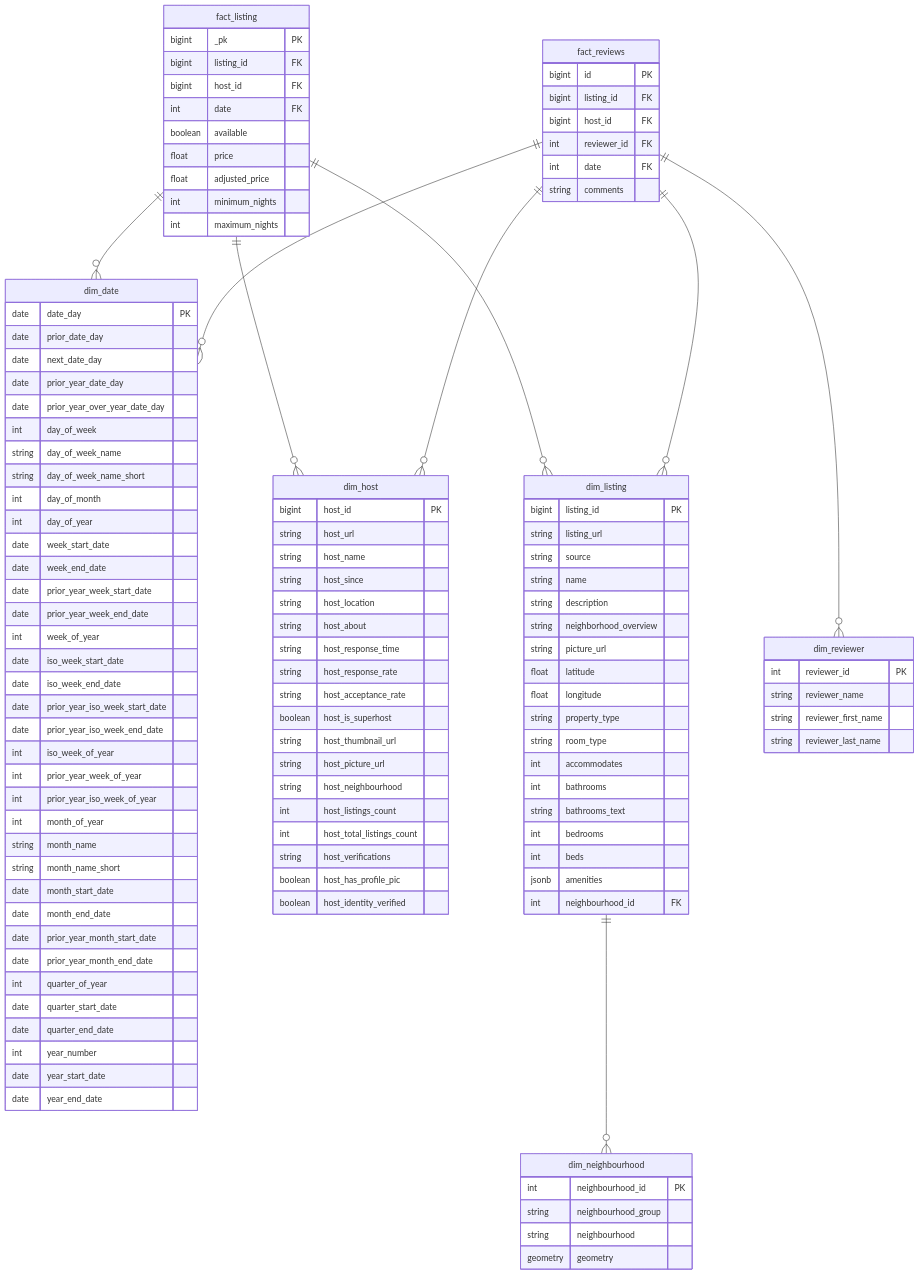
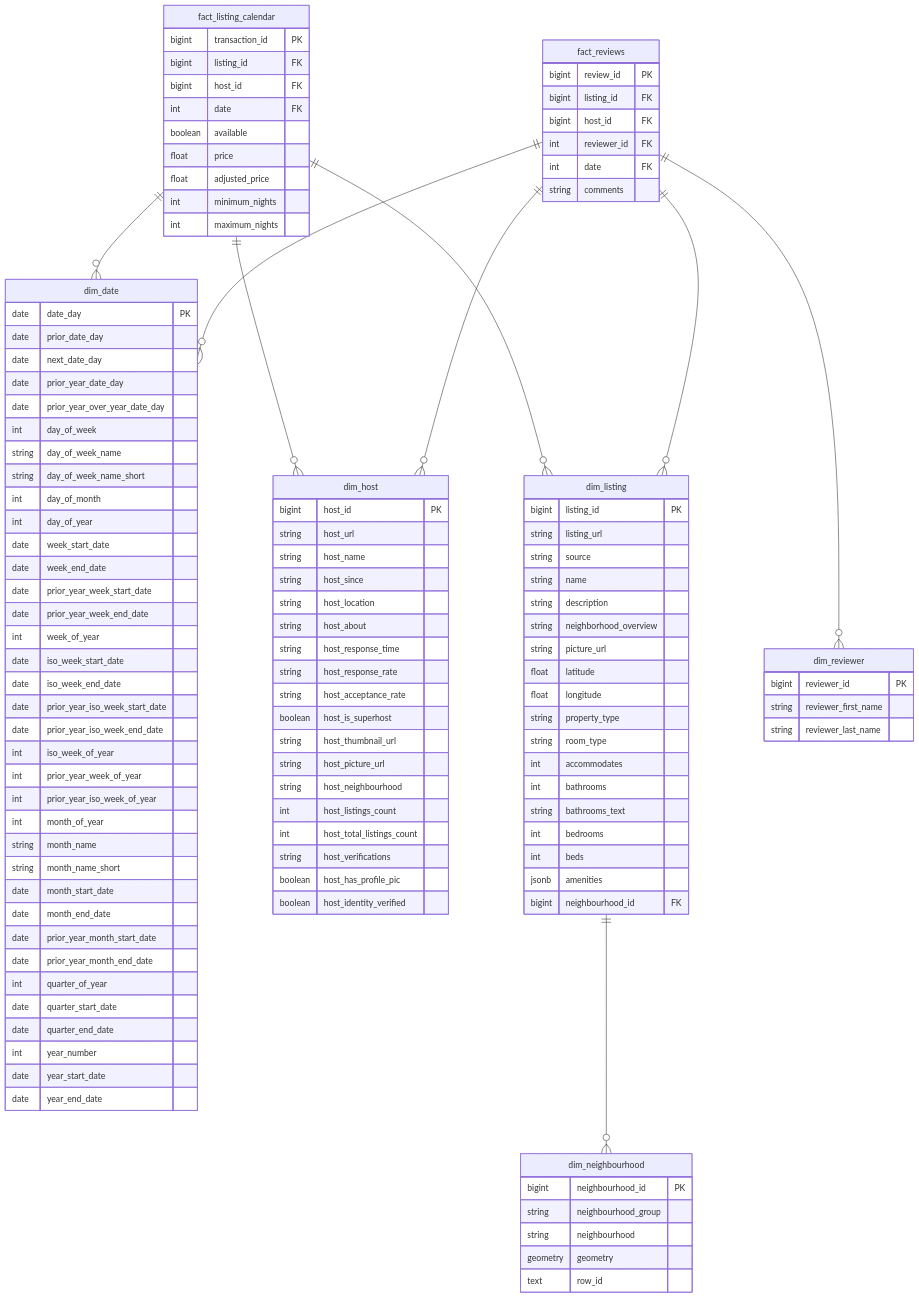
Before and after one commit to ahmadMuhammadGd/Airbnb-DWH-using-Postgres-and-dbt: the diagram in README.md, drawn with Mermaid. The commit also changed other lines of this file, not shown here.

````diff
--- a/README.md
+++ b/README.md
@@ -65,8 +65,8 @@
 ```mermaid
 erDiagram
     %% FACT TABLES IN THE MIDDLE
-    fact_listing {
-        bigint _pk PK
+    fact_listing_calendar {
+        bigint transaction_id PK
         bigint listing_id FK
         bigint host_id FK
         int date FK
@@ -78,7 +78,7 @@
     }
 
     fact_reviews {
-        bigint id PK
+        bigint review_id PK
         bigint listing_id FK
         bigint host_id FK
         int reviewer_id FK
@@ -164,29 +164,27 @@
         int bedrooms
         int beds
         jsonb amenities
-        int neighbourhood_id FK
-        
+        bigint neighbourhood_id FK
     }
 
     dim_neighbourhood {
-        int neighbourhood_id PK
+        bigint neighbourhood_id PK
         string neighbourhood_group
         string neighbourhood
         geometry geometry
+        text row_id
     }
 
     dim_reviewer {
-        int reviewer_id PK
-        string reviewer_name
+        bigint reviewer_id PK
         string reviewer_first_name
         string reviewer_last_name
-        
     }
 
     %% RELATIONSHIPS
-    fact_listing ||--o{ dim_listing: ""
-    fact_listing ||--o{ dim_host: ""
-    fact_listing ||--o{ dim_date: ""
+    fact_listing_calendar ||--o{ dim_listing: ""
+    fact_listing_calendar ||--o{ dim_host: ""
+    fact_listing_calendar ||--o{ dim_date: ""
     
     fact_reviews ||--o{ dim_listing: ""
     fact_reviews ||--o{ dim_reviewer: ""
````
